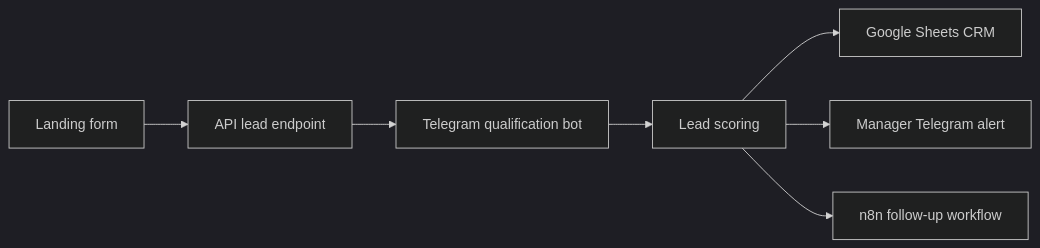
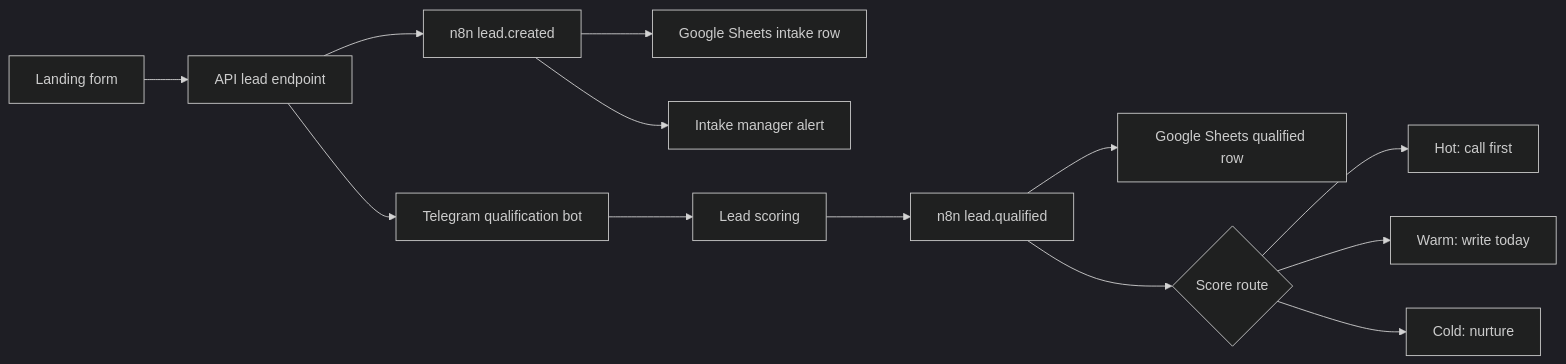
One commit to metamorphicc/SkillBridge-Academy changed the diagram in docs/architecture.md. Above: the diagram before and after it, drawn with Mermaid (dark theme). The commit also changed other lines of this file and 13 other files, not shown here.

````diff
--- a/docs/architecture.md
+++ b/docs/architecture.md
@@ -3,9 +3,15 @@
 ```mermaid
 flowchart LR
   A["Landing form"] --> B["API lead endpoint"]
-  B --> C["Telegram qualification bot"]
-  C --> D["Lead scoring"]
-  D --> E["Google Sheets CRM"]
-  D --> F["Manager Telegram alert"]
-  D --> G["n8n follow-up workflow"]
+  B --> C["n8n lead.created"]
+  C --> D["Google Sheets intake row"]
+  C --> E["Intake manager alert"]
+  B --> F["Telegram qualification bot"]
+  F --> G["Lead scoring"]
+  G --> H["n8n lead.qualified"]
+  H --> I["Google Sheets qualified row"]
+  H --> J{"Score route"}
+  J --> K["Hot: call first"]
+  J --> L["Warm: write today"]
+  J --> M["Cold: nurture"]
 ```
````
